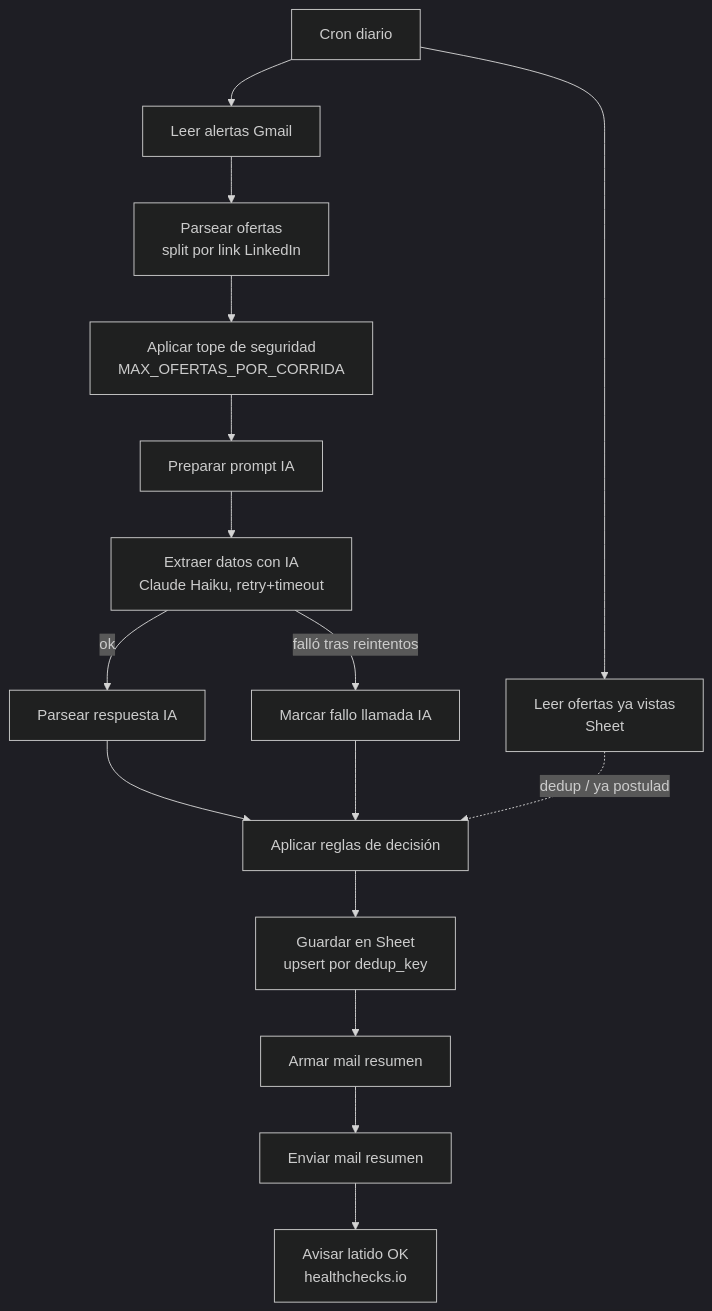
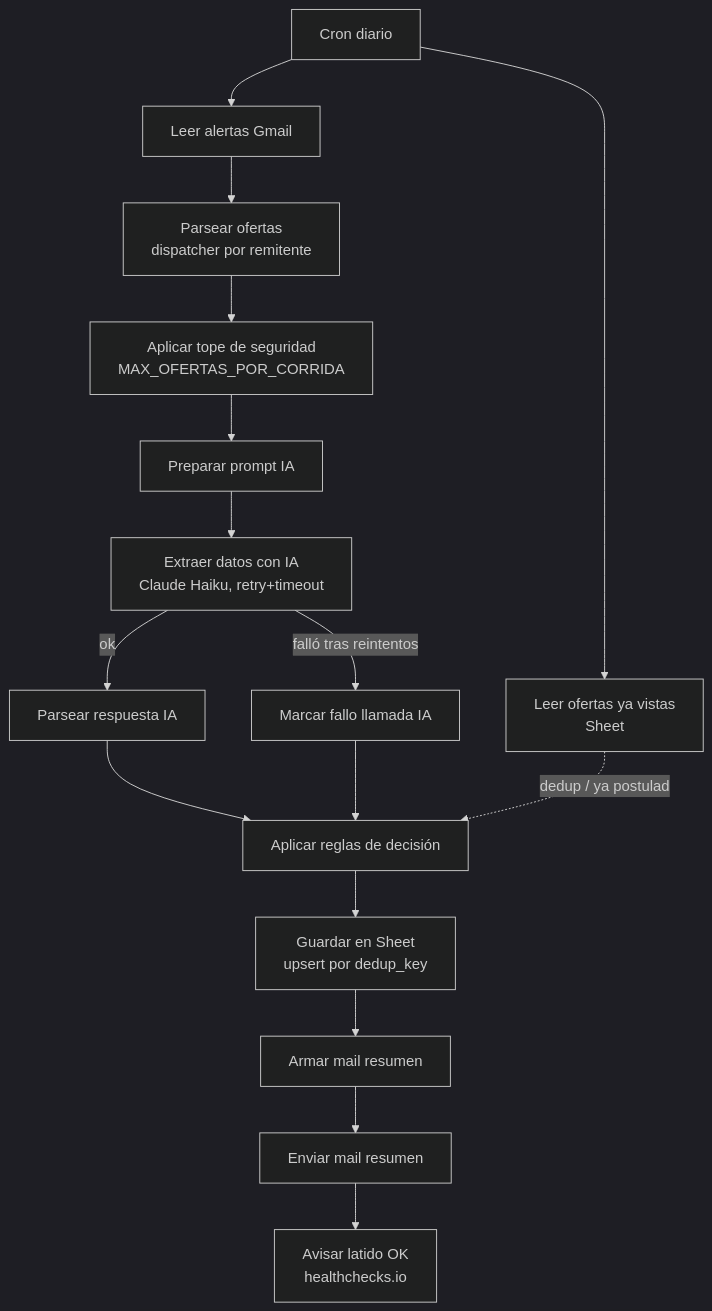
Before and after one commit to SMsimarco/radar-empleos: the first of 4 diagrams in README.md, drawn with Mermaid (dark theme). The commit also changed other lines of this file and 5 other files, not shown here.

````diff
--- a/README.md
+++ b/README.md
@@ -11,18 +15,18 @@
 ```mermaid
 flowchart TD
     A[Cron diario] --> B[Leer alertas Gmail]
     A --> C[Leer ofertas ya vistas<br/>Sheet]
-    B --> D[Parsear ofertas<br/>split por link LinkedIn]
+    B --> D[Parsear ofertas<br/>dispatcher por remitente]
     D --> T[Aplicar tope de seguridad<br/>MAX_OFERTAS_POR_CORRIDA]
     T --> E[Preparar prompt IA]
     E --> F[Extraer datos con IA<br/>Claude Haiku, retry+timeout]
     F -->|ok| G[Parsear respuesta IA]
     F -->|falló tras reintentos| F2[Marcar fallo llamada IA]
     G --> H[Aplicar reglas de decisión]
     F2 --> H
     C -.dedup / ya postulado.-> H
     H --> I[Guardar en Sheet<br/>upsert por dedup_key]
     I --> J[Armar mail resumen]
     J --> K[Enviar mail resumen]
     K --> L[Avisar latido OK<br/>healthchecks.io]
 ```
````
